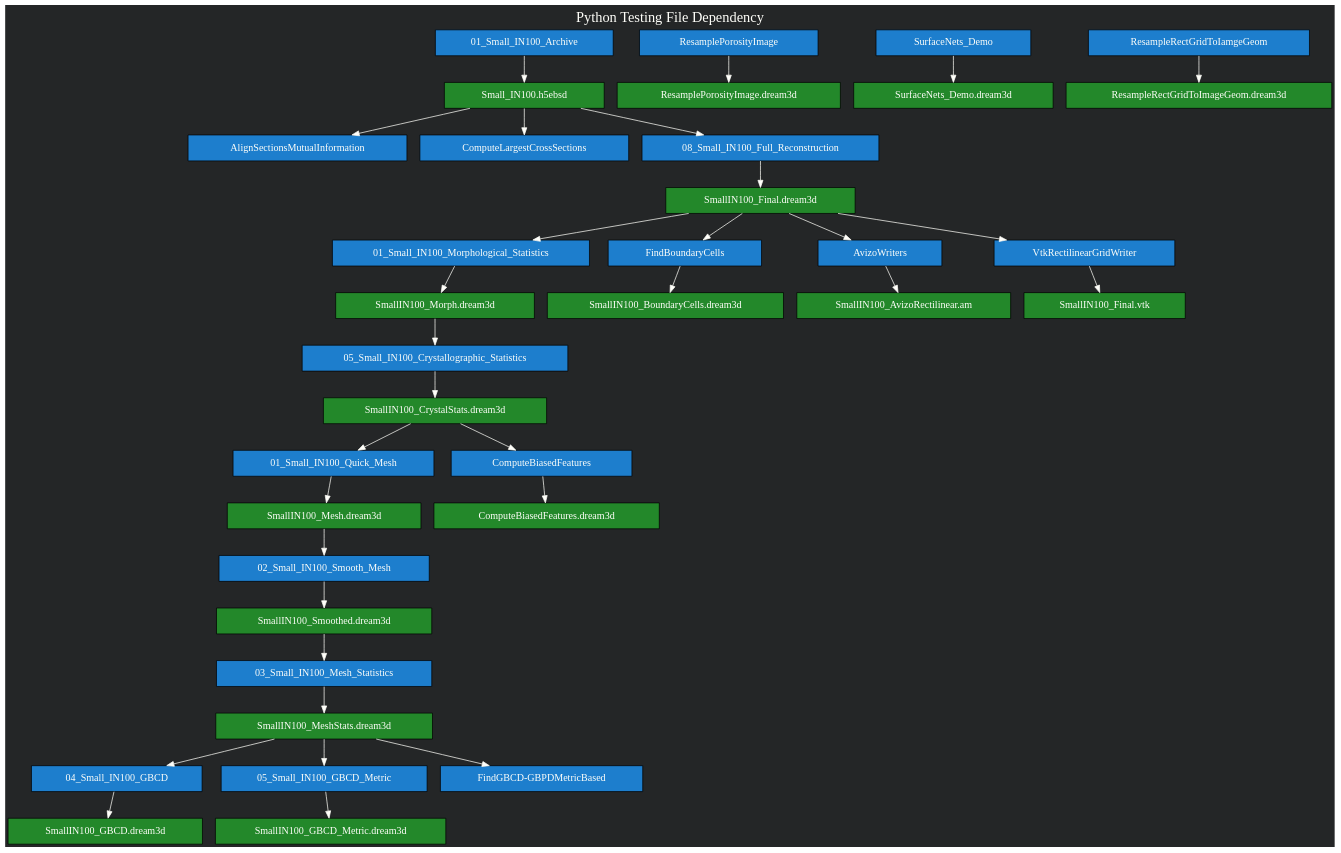
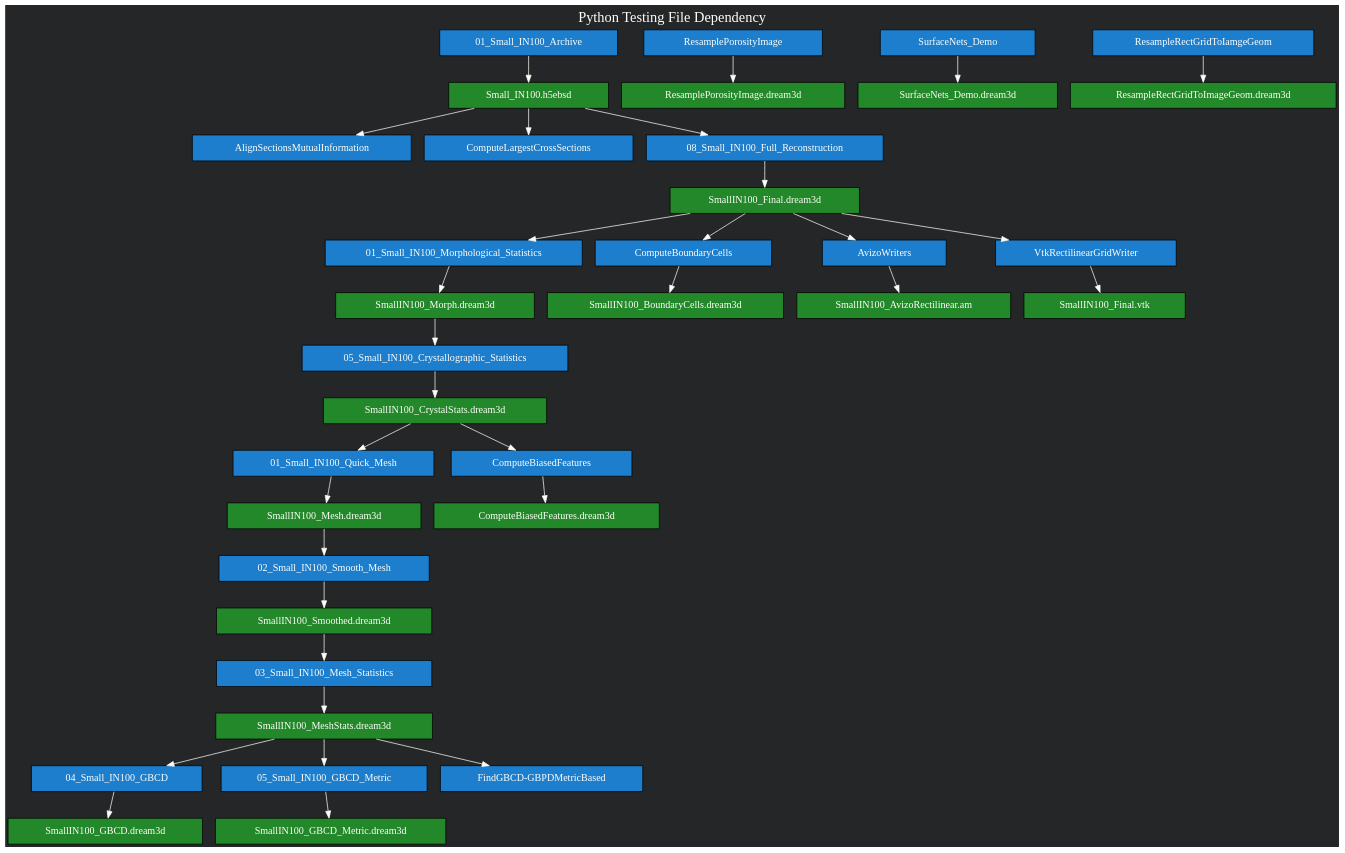
The diagram in wrapping/python/examples/file_dependency.dot (BlueQuartzSoftware/simplnx), drawn with Graphviz before and after one commit. The commit also changed 15 other files, not shown here.

Commit message:
Renamed FindBoundaryCellsFilter to ComputeBoundaryCellsFilter

```diff
--- a/wrapping/python/examples/file_dependency.dot
+++ b/wrapping/python/examples/file_dependency.dot
@@ -1,81 +1,81 @@
 digraph G {
   //rankdir=LR;
 
   label="Python Testing File Dependency"
 	labelloc="t"
   fontname="Fira Mono"
   fontcolor="#FFFFFA"
   fontsize=20
 	
 
 	graph [splines=true 
         bgcolor="#242627"
         ]
 
 	node [shape=record 
         style="filled" 
         fillcolor="#1D7ECD" 
         fontcolor="#FFFFFA"
         fontname="Fira Mono"
         margin="0.61,0.1"
         ]
     
   edge [
         // dir=back 
         arrowtail=default
         arrowhead=normal
         style="" 
         // headport="w" 
         // tailport="e"
         color="#FFFFFA"
         ]
 
 
 "Small_IN100.h5ebsd" [shape=record  fillcolor="#23882A"]
 "SmallIN100_Final.dream3d" [shape=record  fillcolor="#23882A"]
 "SmallIN100_Morph.dream3d" [shape=record  fillcolor="#23882A"]
 "SmallIN100_BoundaryCells.dream3d" [shape=record  fillcolor="#23882A"]
 "SmallIN100_AvizoRectilinear.am" [shape=record  fillcolor="#23882A"]
 "SmallIN100_Final.vtk" [shape=record  fillcolor="#23882A"]
 "SmallIN100_CrystalStats.dream3d" [shape=record  fillcolor="#23882A"]
 "SmallIN100_Mesh.dream3d" [shape=record  fillcolor="#23882A"]
 "ComputeBiasedFeatures.dream3d" [shape=record  fillcolor="#23882A"]
 "SmallIN100_Smoothed.dream3d" [shape=record  fillcolor="#23882A"]
 "SmallIN100_MeshStats.dream3d" [shape=record  fillcolor="#23882A"]
 "SmallIN100_GBCD.dream3d" [shape=record  fillcolor="#23882A"]
 "SmallIN100_GBCD_Metric.dream3d" [shape=record  fillcolor="#23882A"]
 "ResamplePorosityImage.dream3d" [shape=record  fillcolor="#23882A"]
 "SurfaceNets_Demo.dream3d" [shape=record  fillcolor="#23882A"]
 "ResampleRectGridToImageGeom.dream3d" [shape=record  fillcolor="#23882A"]
 
   "01_Small_IN100_Archive" -> "Small_IN100.h5ebsd"
 
   "Small_IN100.h5ebsd" -> AlignSectionsMutualInformation
   "Small_IN100.h5ebsd" -> ComputeLargestCrossSections
     
   "Small_IN100.h5ebsd" -> "08_Small_IN100_Full_Reconstruction" -> "SmallIN100_Final.dream3d"
 
   "SmallIN100_Final.dream3d" -> "01_Small_IN100_Morphological_Statistics" -> "SmallIN100_Morph.dream3d"
-  "SmallIN100_Final.dream3d" -> "FindBoundaryCells" -> "SmallIN100_BoundaryCells.dream3d"
+  "SmallIN100_Final.dream3d" -> "ComputeBoundaryCells" -> "SmallIN100_BoundaryCells.dream3d"
   "SmallIN100_Final.dream3d" -> "AvizoWriters" -> "SmallIN100_AvizoRectilinear.am"
   "SmallIN100_Final.dream3d" -> "VtkRectilinearGridWriter" -> "SmallIN100_Final.vtk"
   
   "SmallIN100_Morph.dream3d" -> "05_Small_IN100_Crystallographic_Statistics" -> "SmallIN100_CrystalStats.dream3d"
   
   "SmallIN100_CrystalStats.dream3d"->"01_Small_IN100_Quick_Mesh"-> "SmallIN100_Mesh.dream3d"
   "SmallIN100_CrystalStats.dream3d" -> "ComputeBiasedFeatures" -> "ComputeBiasedFeatures.dream3d"
 
   "SmallIN100_Mesh.dream3d" -> "02_Small_IN100_Smooth_Mesh" -> "SmallIN100_Smoothed.dream3d"
   "SmallIN100_Smoothed.dream3d" -> "03_Small_IN100_Mesh_Statistics" -> "SmallIN100_MeshStats.dream3d"
   "SmallIN100_MeshStats.dream3d" -> "04_Small_IN100_GBCD" -> "SmallIN100_GBCD.dream3d"
   "SmallIN100_MeshStats.dream3d" -> "05_Small_IN100_GBCD_Metric" -> "SmallIN100_GBCD_Metric.dream3d"
 
 
   "SmallIN100_MeshStats.dream3d" -> "FindGBCD-GBPDMetricBased"
 
   "ResamplePorosityImage" -> "ResamplePorosityImage.dream3d"
   "SurfaceNets_Demo" -> "SurfaceNets_Demo.dream3d"
   "ResampleRectGridToIamgeGeom" -> "ResampleRectGridToImageGeom.dream3d"
 
 
 }
```
